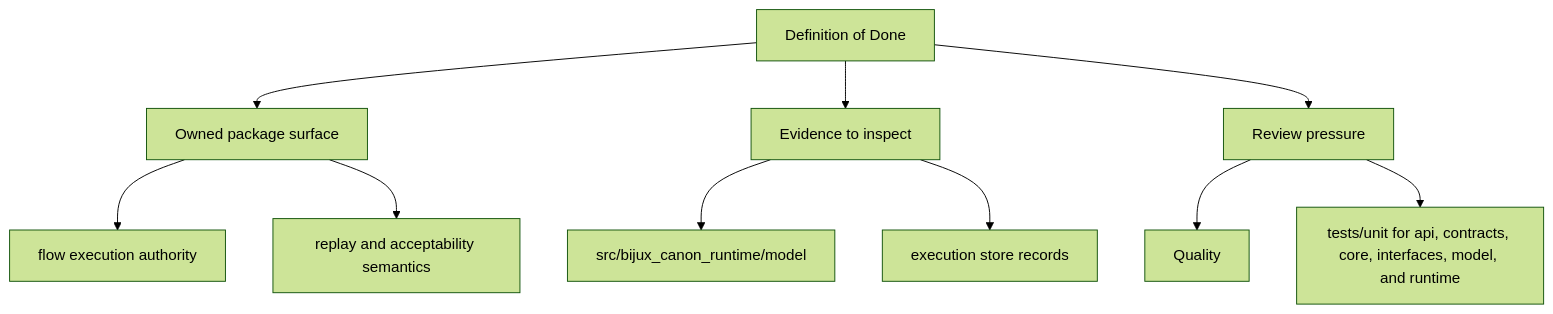
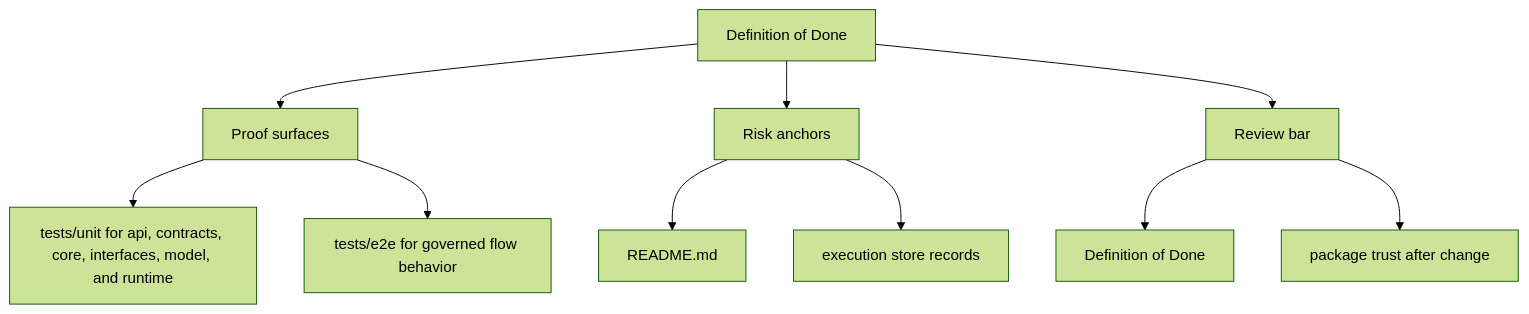
The second of 2 diagrams in docs/bijux-canon-runtime/quality/definition-of-done.md (bijux/bijux-canon), drawn with Mermaid (forest theme) before and after one commit. The commit also changed other lines of this file and 250 other files, not shown here.

Commit message:
docs(diagrams): make product page maps more readable

````diff
--- a/docs/bijux-canon-runtime/quality/definition-of-done.md
+++ b/docs/bijux-canon-runtime/quality/definition-of-done.md
@@ -34,22 +34,22 @@
 ```mermaid
 flowchart TD
     page["Definition of Done"]
-    focus1["Owned package surface"]
+    focus1["Proof surfaces"]
     page --> focus1
-    focus1_1["flow execution authority"]
+    focus1_1["tests/unit for api, contracts, core, interfaces, model, and runtime"]
     focus1 --> focus1_1
-    focus1_2["replay and acceptability semantics"]
+    focus1_2["tests/e2e for governed flow behavior"]
     focus1 --> focus1_2
-    focus2["Evidence to inspect"]
+    focus2["Risk anchors"]
     page --> focus2
-    focus2_1["src/bijux_canon_runtime/model"]
+    focus2_1["README.md"]
     focus2 --> focus2_1
     focus2_2["execution store records"]
     focus2 --> focus2_2
-    focus3["Review pressure"]
+    focus3["Review bar"]
     page --> focus3
-    focus3_1["Quality"]
+    focus3_1["Definition of Done"]
     focus3 --> focus3_1
-    focus3_2["tests/unit for api, contracts, core, interfaces, model, and runtime"]
+    focus3_2["package trust after change"]
     focus3 --> focus3_2
 ```
````
